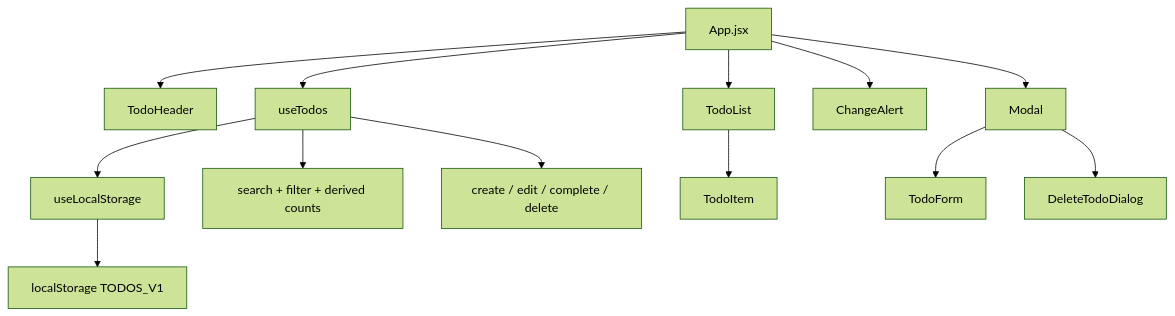
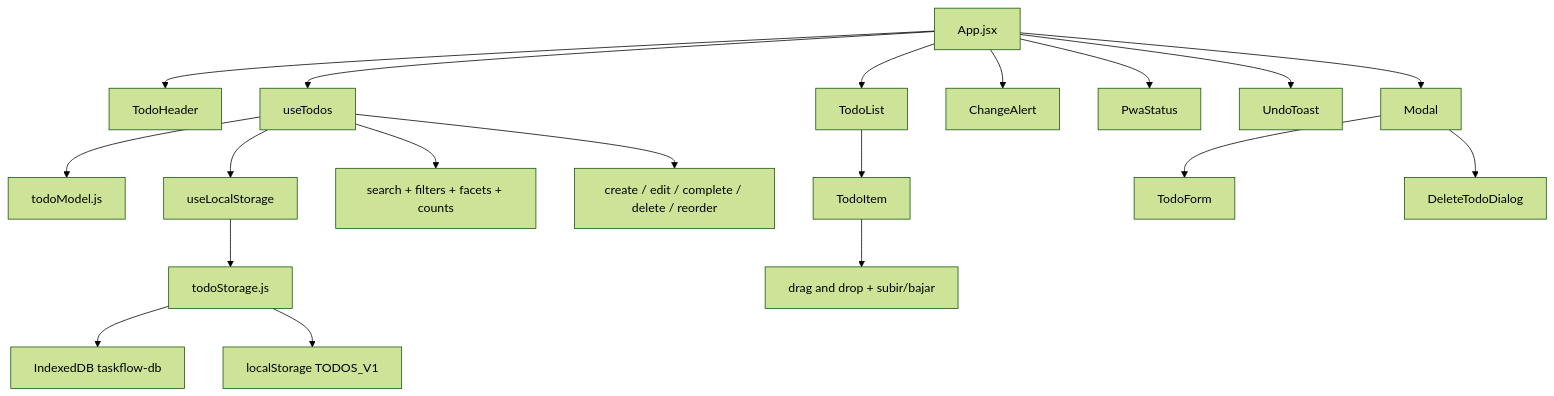
The diagram in README.md (LeandroMelchiori/React-ToDoList), drawn with Mermaid (forest theme) before and after one commit. The commit also changed other lines of this file, not shown here.

````diff
--- a/README.md
+++ b/README.md
@@ -93,15 +99,21 @@
 ```mermaid
 flowchart TD
   App["App.jsx"] --> Header["TodoHeader"]
   App --> List["TodoList"]
   App --> Modal["Modal"]
   App --> Alert["ChangeAlert"]
+  App --> PWA["PwaStatus"]
+  App --> Undo["UndoToast"]
   App --> Todos["useTodos"]
+  Todos --> Model["todoModel.js"]
   Todos --> Storage["useLocalStorage"]
-  Storage --> Browser["localStorage TODOS_V1"]
-  Todos --> Filters["search + filter + derived counts"]
-  Todos --> Actions["create / edit / complete / delete"]
+  Storage --> Adapter["todoStorage.js"]
+  Adapter --> IndexedDB["IndexedDB taskflow-db"]
+  Adapter --> LocalStorage["localStorage TODOS_V1"]
+  Todos --> Filters["search + filters + facets + counts"]
+  Todos --> Actions["create / edit / complete / delete / reorder"]
   List --> Item["TodoItem"]
+  Item --> Order["drag and drop + subir/bajar"]
   Modal --> Form["TodoForm"]
   Modal --> DeleteDialog["DeleteTodoDialog"]
 ```
````
